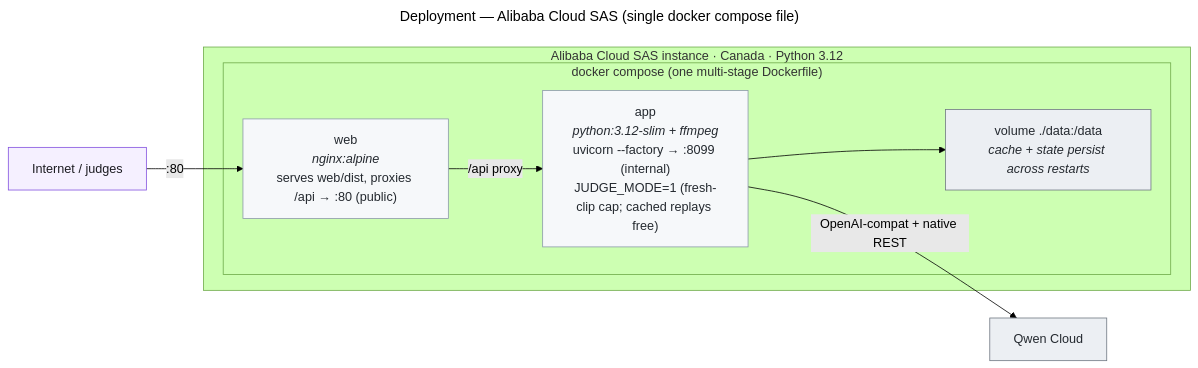
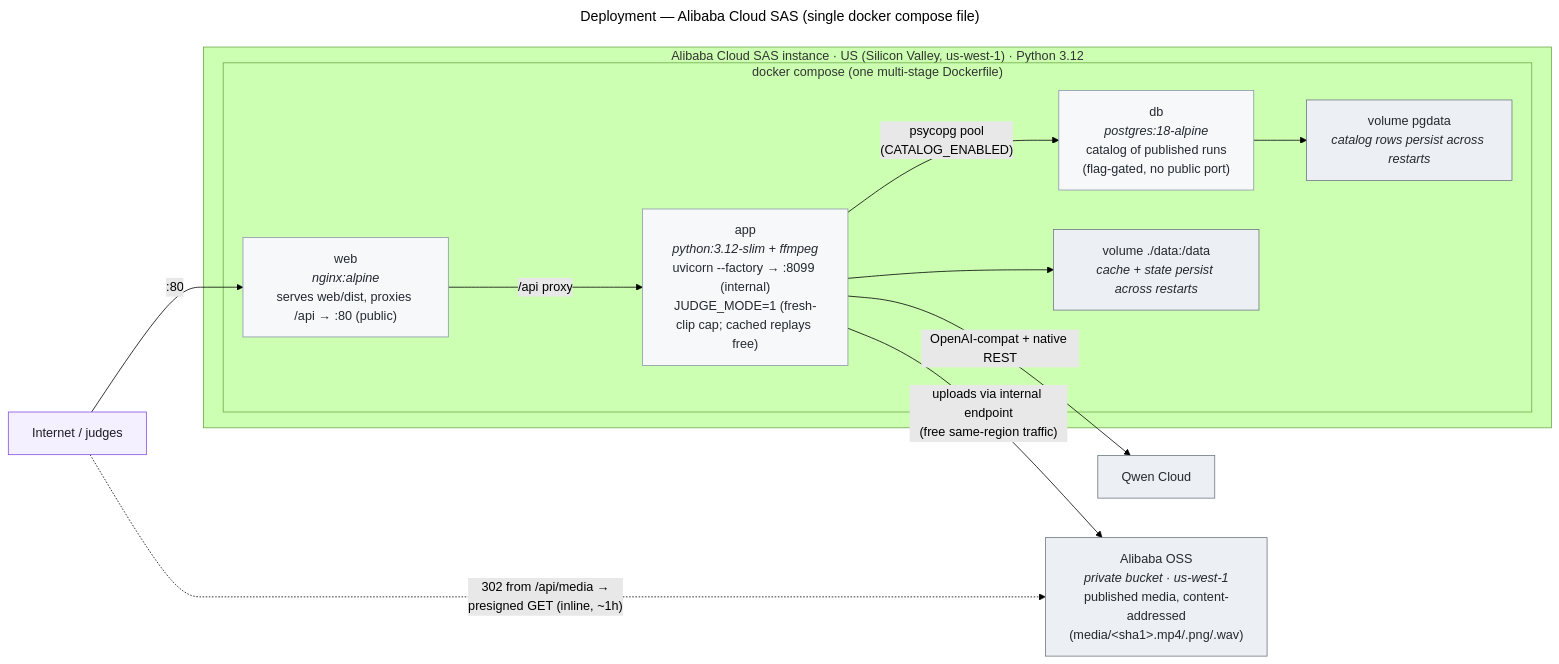
The third of 3 diagrams in docs/architecture.md (Zen-cronic/qwen-hack-2026), drawn with Mermaid (forest theme) before and after one commit. The commit also changed other lines of this file and 1 other file, not shown here.

First line of the commit message:
docs: document the catalog layer and correct the deploy region

````diff
--- a/docs/architecture.md
+++ b/docs/architecture.md
@@ -208,23 +215,30 @@
 ```mermaid
 ---
 title: "Deployment — Alibaba Cloud SAS (single docker compose file)"
 ---
 flowchart LR
     internet["Internet / judges"]:::person
     qwen["Qwen Cloud"]:::external
-    subgraph sas["Alibaba Cloud SAS instance · Canada · Python 3.12"]
+    oss["Alibaba OSS<br/><i>private bucket · us-west-1</i><br/>published media, content-addressed<br/>(media/&lt;sha1&gt;.mp4/.png/.wav)"]:::external
+    subgraph sas["Alibaba Cloud SAS instance · US (Silicon Valley, us-west-1) · Python 3.12"]
         subgraph compose["docker compose (one multi-stage Dockerfile)"]
             web["web<br/><i>nginx:alpine</i><br/>serves web/dist, proxies /api → :80 (public)"]:::container
             app["app<br/><i>python:3.12-slim + ffmpeg</i><br/>uvicorn --factory → :8099 (internal)<br/>JUDGE_MODE=1 (fresh-clip cap; cached replays free)"]:::container
+            db["db<br/><i>postgres:18-alpine</i><br/>catalog of published runs<br/>(flag-gated, no public port)"]:::container
             vol["volume ./data:/data<br/><i>cache + state persist across restarts</i>"]:::external
+            pgvol["volume pgdata<br/><i>catalog rows persist across restarts</i>"]:::external
         end
     end
     internet -->|":80"| web
     web -->|"/api proxy"| app
     app --> vol
     app -->|"OpenAI-compat + native REST"| qwen
+    app -->|"psycopg pool<br/>(CATALOG_ENABLED)"| db
+    db --> pgvol
+    app -->|"uploads via internal endpoint<br/>(free same-region traffic)"| oss
+    internet -.->|"302 from /api/media →<br/>presigned GET (inline, ~1h)"| oss
 
     classDef person fill:#f5f0ff,stroke:#8250df,color:#1c1c22
     classDef container fill:#f6f8fa,stroke:#8b98a9,color:#24292f
     classDef external fill:#eceff3,stroke:#6e7781,color:#24292f
 ```
````
